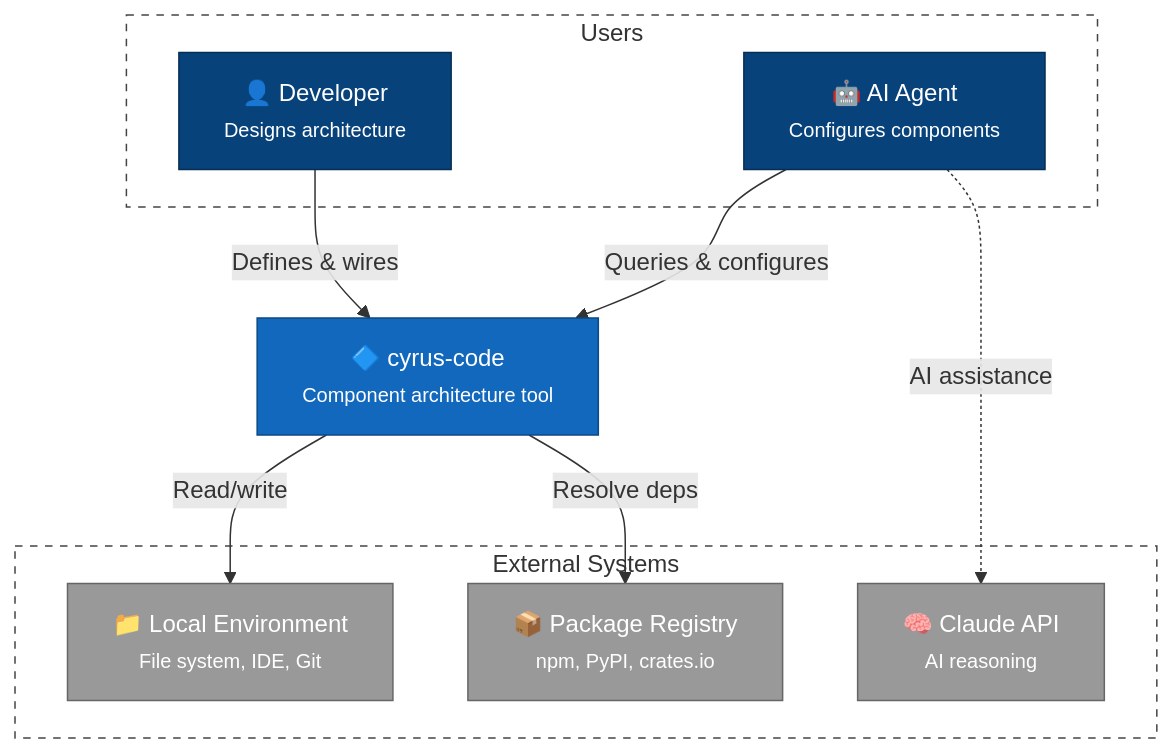
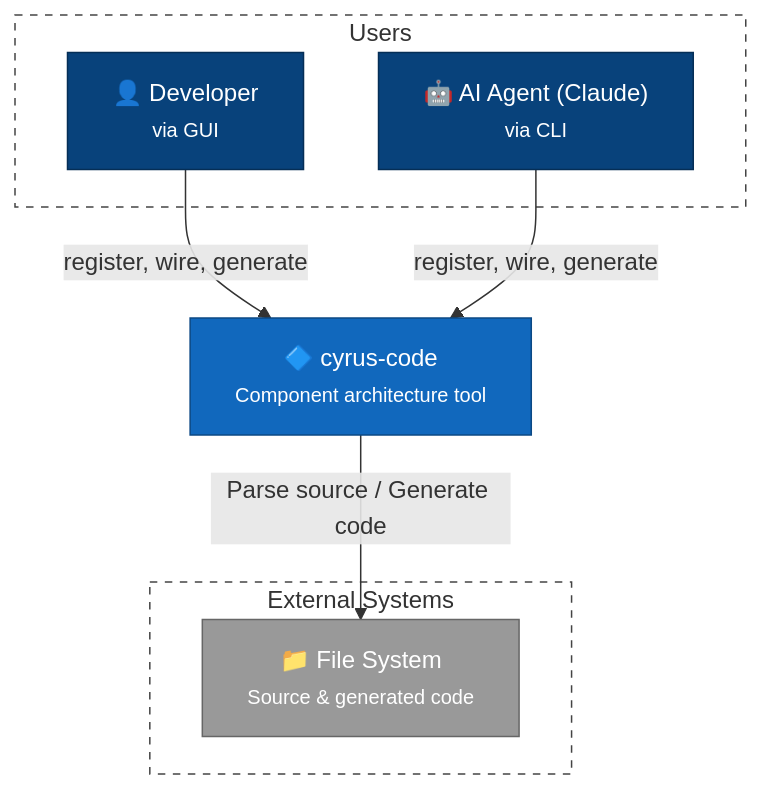
The diagram in docs/c4/1-context.md (louipr/cyrus-code), drawn with Mermaid before and after one commit. The commit also changed other lines of this file and 55 other files, not shown here.

First line of the commit message:
feat(slice-3): add code generation, help system, and C4 docs cleanup

````diff
--- a/docs/c4/1-context.md
+++ b/docs/c4/1-context.md
@@ -9,31 +9,27 @@
 ```mermaid
 flowchart TB
     subgraph users ["Users"]
-        dev["👤 Developer<br/><small>Designs architecture</small>"]
-        ai["🤖 AI Agent<br/><small>Configures components</small>"]
+        dev["👤 Developer<br/><small>via GUI</small>"]
+        ai["🤖 AI Agent (Claude)<br/><small>via CLI</small>"]
     end
 
     cyrus["🔷 cyrus-code<br/><small>Component architecture tool</small>"]
 
     subgraph external ["External Systems"]
-        local["📁 Local Environment<br/><small>File system, IDE, Git</small>"]
-        registry["📦 Package Registry<br/><small>npm, PyPI, crates.io</small>"]
-        claude["🧠 Claude API<br/><small>AI reasoning</small>"]
+        fs["📁 File System<br/><small>Source & generated code</small>"]
     end
 
-    dev -->|"Defines & wires"| cyrus
-    ai -->|"Queries & configures"| cyrus
-    cyrus -->|"Read/write"| local
-    cyrus -->|"Resolve deps"| registry
-    ai -.->|"AI assistance"| claude
+    dev -->|"register, wire, generate"| cyrus
+    ai -->|"register, wire, generate"| cyrus
+    cyrus -->|"Parse source / Generate code"| fs
 
     classDef person fill:#08427b,stroke:#052e56,color:#fff
     classDef system fill:#1168bd,stroke:#0b4884,color:#fff
     classDef external fill:#999999,stroke:#666666,color:#fff
     classDef boundary fill:transparent,stroke:#444,stroke-dasharray:5
 
     class dev,ai person
     class cyrus system
-    class local,registry,claude external
+    class fs external
     class users,external boundary
 ```
````
